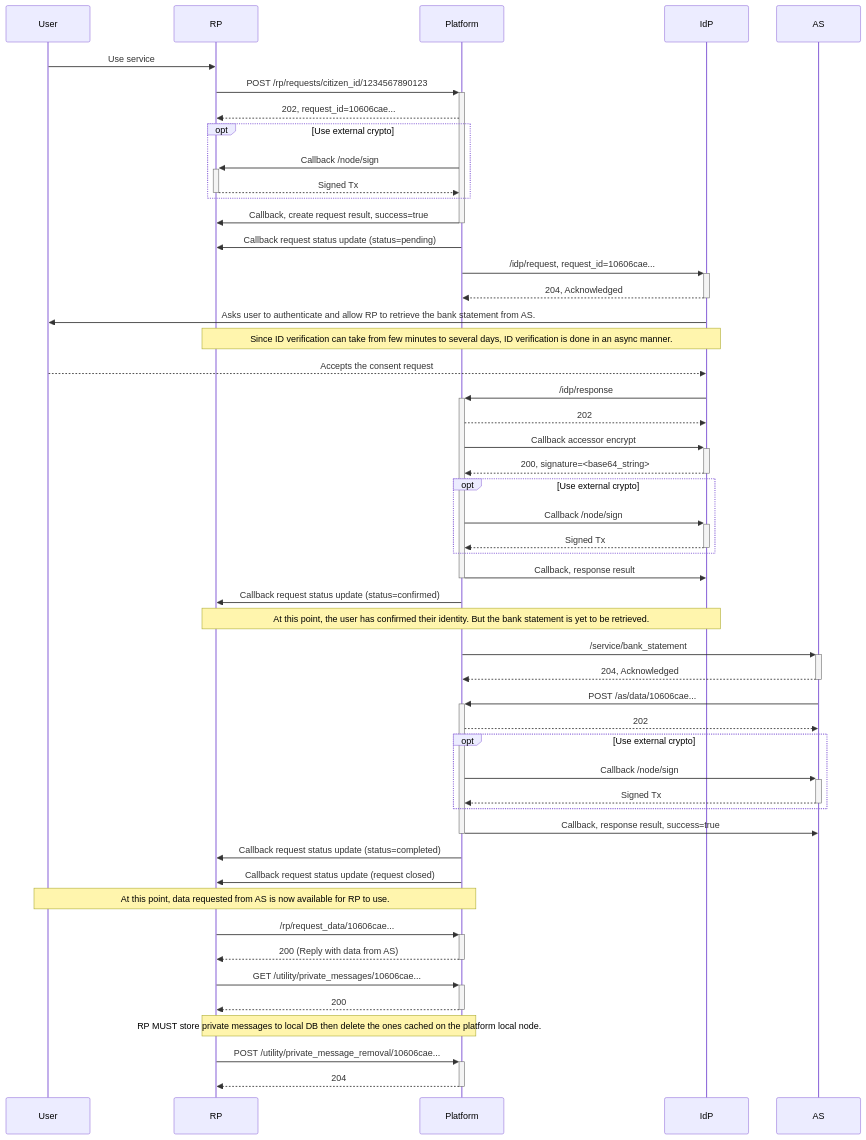
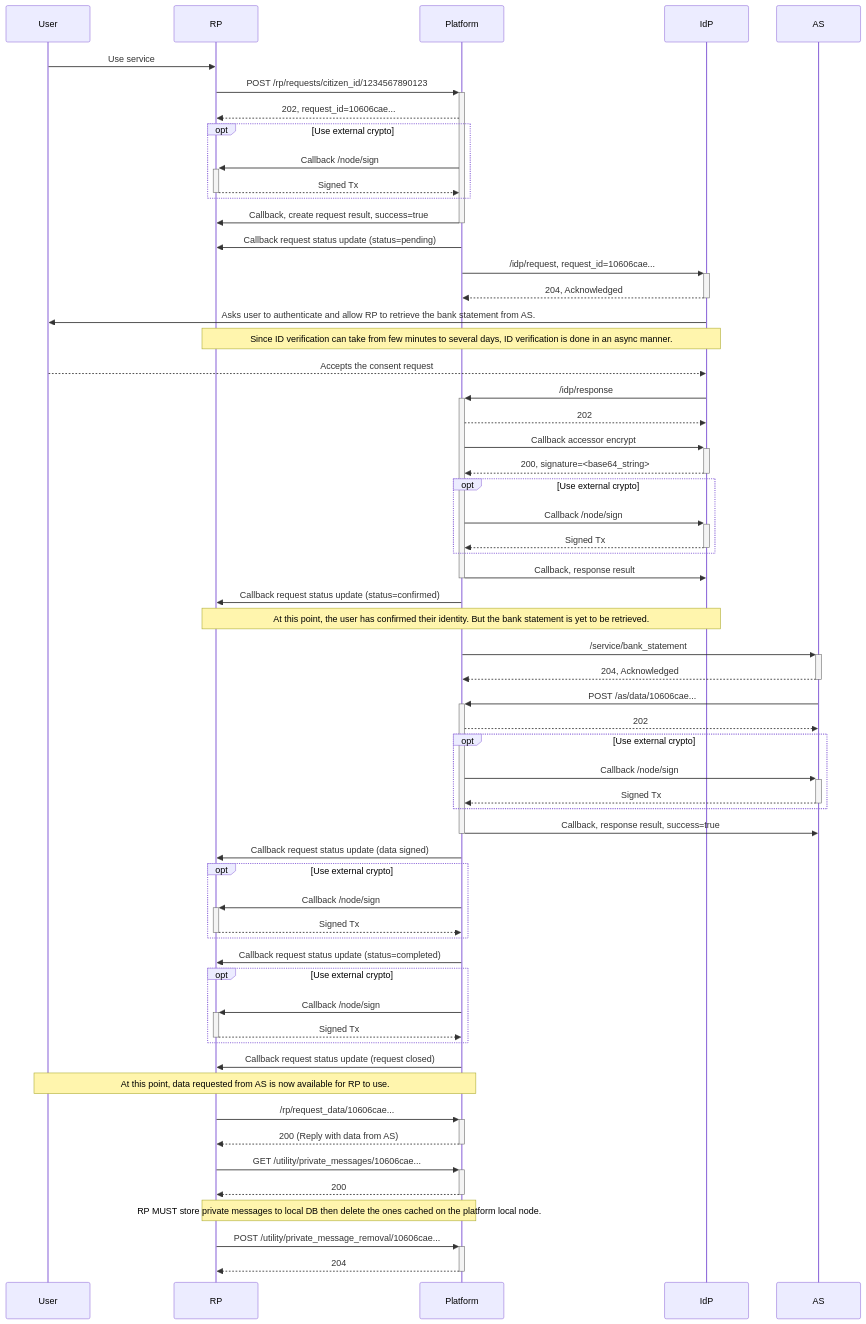
Before and after one commit to ndidplatform/ndidplatform.github.io: the diagram in flows/data-request.md, drawn with Mermaid.

Commit message:
Add opt flows to data request sequence diagram

````diff
--- a/flows/data-request.md
+++ b/flows/data-request.md
@@ -9,52 +9,61 @@
 ```mermaid
 sequenceDiagram
     participant User
     participant RP
     participant Platform
     participant IdP
     participant AS
     User->>RP: Use service
     RP->>+Platform: POST /rp/requests/citizen_id/1234567890123
     Platform-->>RP: 202, request_id=10606cae...
     opt Use external crypto
         Platform->>+RP: Callback /node/sign
         RP-->>-Platform: Signed Tx
     end
     Platform->>-RP: Callback, create request result, success=true
     Platform->>RP: Callback request status update (status=pending)
     Platform->>+IdP: /idp/request, request_id=10606cae...
     IdP-->>-Platform: 204, Acknowledged
     IdP->>User: Asks user to authenticate and allow RP to retrieve the bank statement from AS.
     Note over RP,IdP: Since ID verification can take from few minutes to several days, ID verification is done in an async manner.
     User-->>IdP: Accepts the consent request
     IdP->>+Platform: /idp/response
     Platform-->>IdP: 202
     Platform->>+IdP: Callback accessor encrypt
     IdP-->>-Platform: 200, signature=<base64_string>
     opt Use external crypto
         Platform->>+IdP: Callback /node/sign
         IdP-->>-Platform: Signed Tx
     end
     Platform->>-IdP: Callback, response result
     Platform->>RP: Callback request status update (status=confirmed)
     Note over RP,IdP: At this point, the user has confirmed their identity. But the bank statement is yet to be retrieved.
     Platform->>+AS: /service/bank_statement
     AS-->>-Platform: 204, Acknowledged
     AS->>+Platform: POST /as/data/10606cae...
     Platform-->>AS: 202
     opt Use external crypto
         Platform->>+AS: Callback /node/sign
         AS-->>-Platform: Signed Tx
     end
     Platform->>-AS: Callback, response result, success=true
+    Platform->>RP: Callback request status update (data signed)
+    opt Use external crypto
+        Platform->>+RP: Callback /node/sign
+        RP-->>-Platform: Signed Tx
+    end
     Platform->>RP: Callback request status update (status=completed)
+    opt Use external crypto
+        Platform->>+RP: Callback /node/sign
+        RP-->>-Platform: Signed Tx
+    end
     Platform->>RP: Callback request status update (request closed)
     Note over User,Platform: At this point, data requested from AS is now available for RP to use.
     RP->>+Platform: /rp/request_data/10606cae...
     Platform-->>-RP: 200 (Reply with data from AS)
     RP->>+Platform: GET /utility/private_messages/10606cae...
     Platform-->>-RP: 200
     Note over RP,Platform: RP MUST store private messages to local DB then delete the ones cached on the platform local node.
     RP->>+Platform: POST /utility/private_message_removal/10606cae...
     Platform-->>-RP: 204
 ```
````
